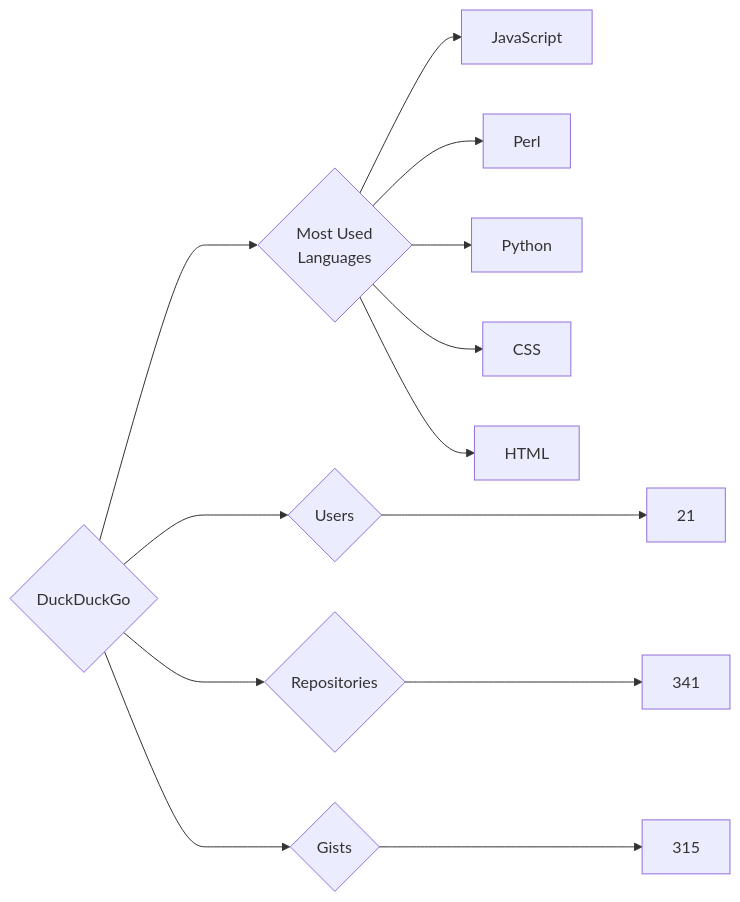
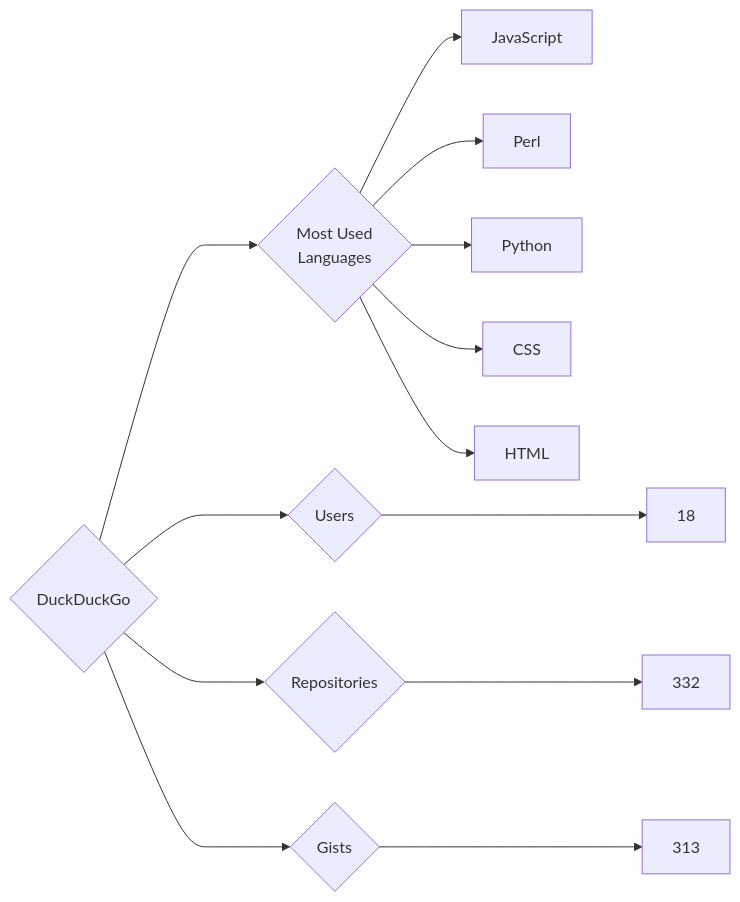
The diagram in targets/DuckDuckGo/README.md (trickest/insiders), drawn with Mermaid before and after one commit. The commit also changed 657 other files, not shown here.

````diff
--- a/targets/DuckDuckGo/README.md
+++ b/targets/DuckDuckGo/README.md
@@ -3,13 +3,13 @@
 ```mermaid
 graph LR
 COMPANY_NAME{DuckDuckGo}
-COMPANY_NAME ---> U{Users} ---> UN[21]
-COMPANY_NAME ---> R{Repositories} ---> RN[341]
-COMPANY_NAME ---> G{Gists} ---> GN[315]
+COMPANY_NAME ---> U{Users} ---> UN[18]
+COMPANY_NAME ---> R{Repositories} ---> RN[332]
+COMPANY_NAME ---> G{Gists} ---> GN[313]
 COMPANY_NAME ---> ML{Most Used<br>Languages}
 ML --> JavaScript[JavaScript]
 ML --> Perl[Perl]
 ML --> Python[Python]
 ML --> CSS[CSS]
 ML --> HTML[HTML]
 ```
````
